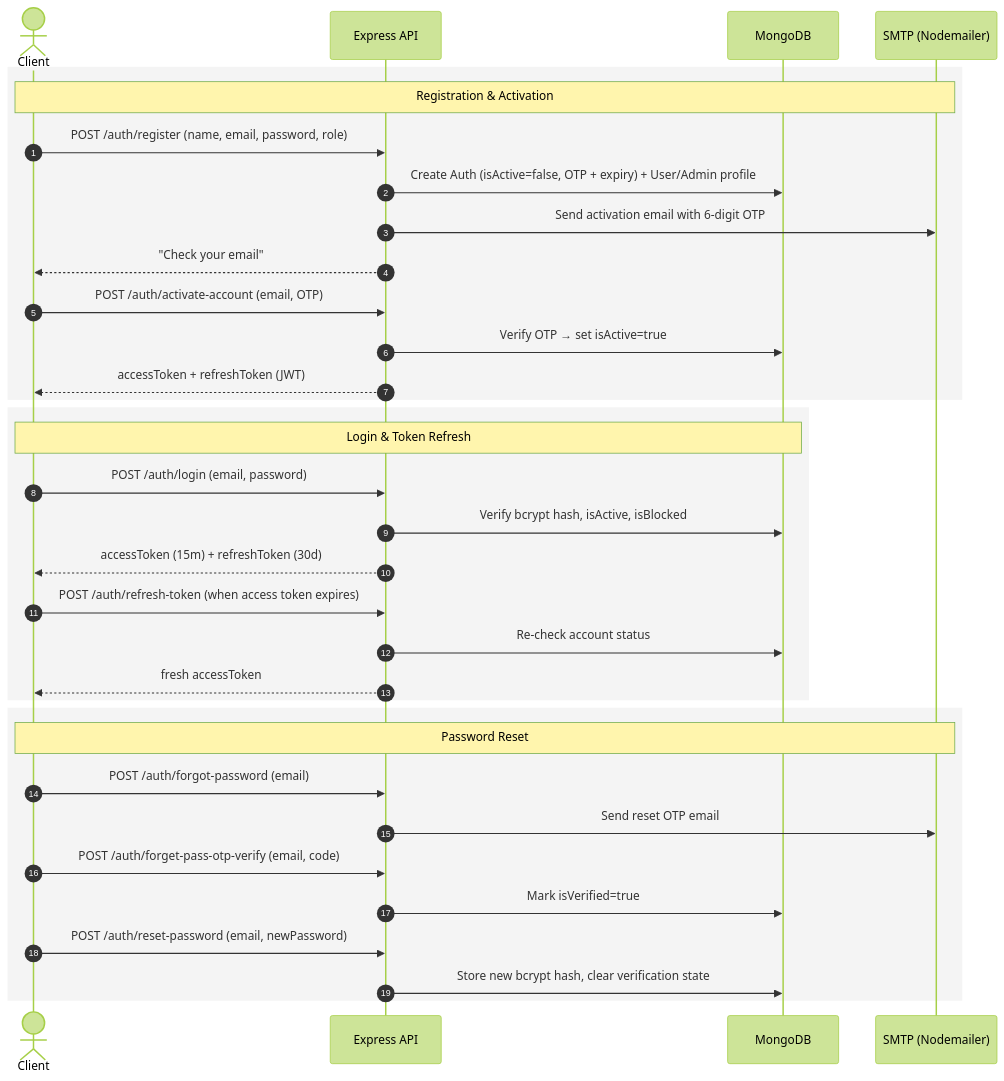
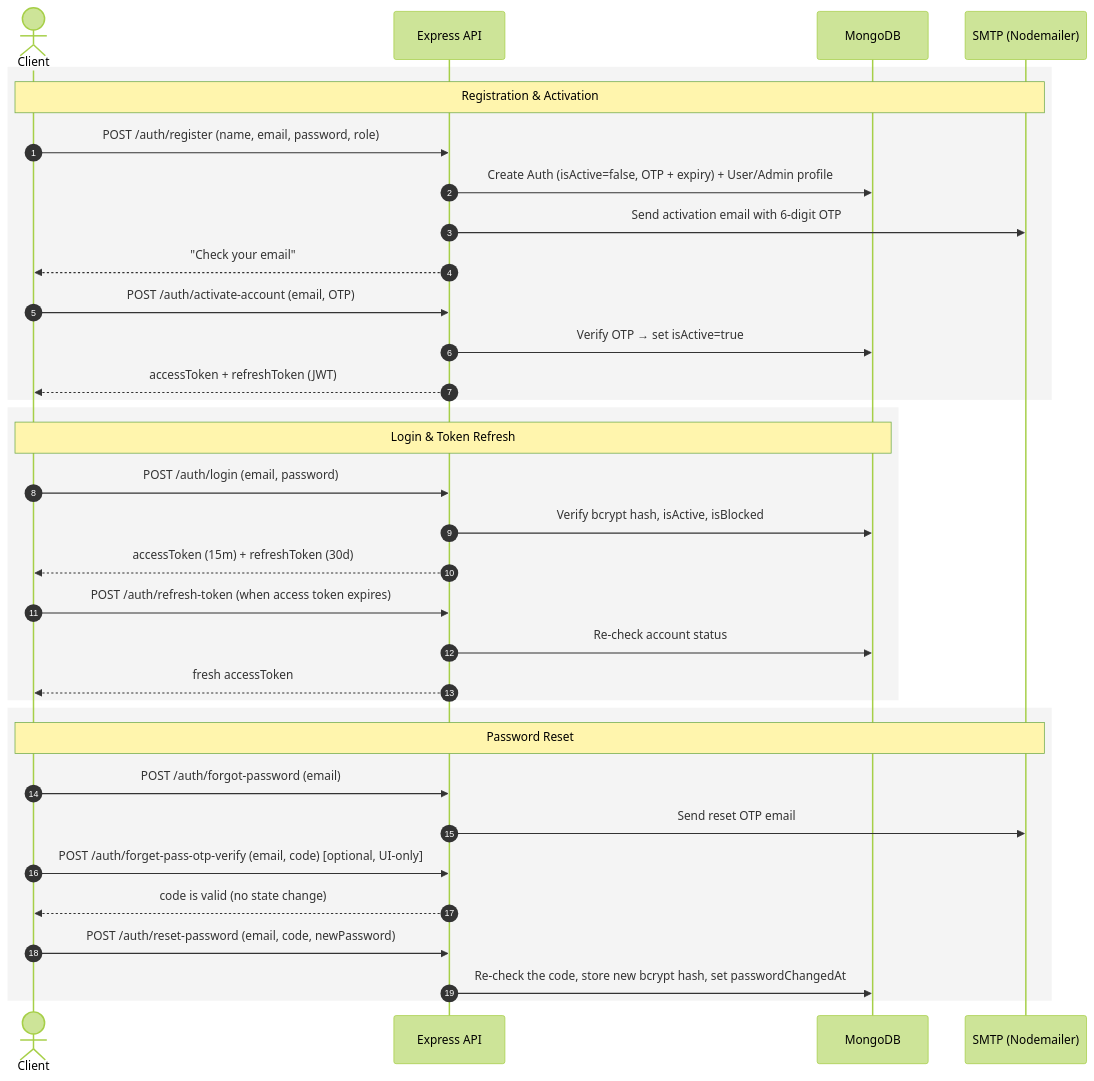
Before and after one commit to ThakurSaad/node-server-template: the second of 3 diagrams in README.md, drawn with Mermaid (forest theme). The commit also changed other lines of this file and 1 other file, not shown here.

First line of the commit message:
docs: sync README with the code; mark v2 items fixed

````diff
--- a/README.md
+++ b/README.md
@@ -244,39 +244,39 @@
 ```mermaid
 sequenceDiagram
     autonumber
     actor C as Client
     participant API as Express API
     participant DB as MongoDB
     participant M as SMTP (Nodemailer)
 
     rect rgba(120,120,120,0.08)
     note over C,M: Registration & Activation
     C->>API: POST /auth/register (name, email, password, role)
     API->>DB: Create Auth (isActive=false, OTP + expiry) + User/Admin profile
     API->>M: Send activation email with 6-digit OTP
     API-->>C: "Check your email"
     C->>API: POST /auth/activate-account (email, OTP)
     API->>DB: Verify OTP → set isActive=true
     API-->>C: accessToken + refreshToken (JWT)
     end
 
     rect rgba(120,120,120,0.08)
     note over C,DB: Login & Token Refresh
     C->>API: POST /auth/login (email, password)
     API->>DB: Verify bcrypt hash, isActive, isBlocked
     API-->>C: accessToken (15m) + refreshToken (30d)
     C->>API: POST /auth/refresh-token (when access token expires)
     API->>DB: Re-check account status
     API-->>C: fresh accessToken
     end
 
     rect rgba(120,120,120,0.08)
     note over C,M: Password Reset
     C->>API: POST /auth/forgot-password (email)
     API->>M: Send reset OTP email
-    C->>API: POST /auth/forget-pass-otp-verify (email, code)
-    API->>DB: Mark isVerified=true
-    C->>API: POST /auth/reset-password (email, newPassword)
-    API->>DB: Store new bcrypt hash, clear verification state
+    C->>API: POST /auth/forget-pass-otp-verify (email, code) [optional, UI-only]
+    API-->>C: code is valid (no state change)
+    C->>API: POST /auth/reset-password (email, code, newPassword)
+    API->>DB: Re-check the code, store new bcrypt hash, set passwordChangedAt
     end
 ```
````
